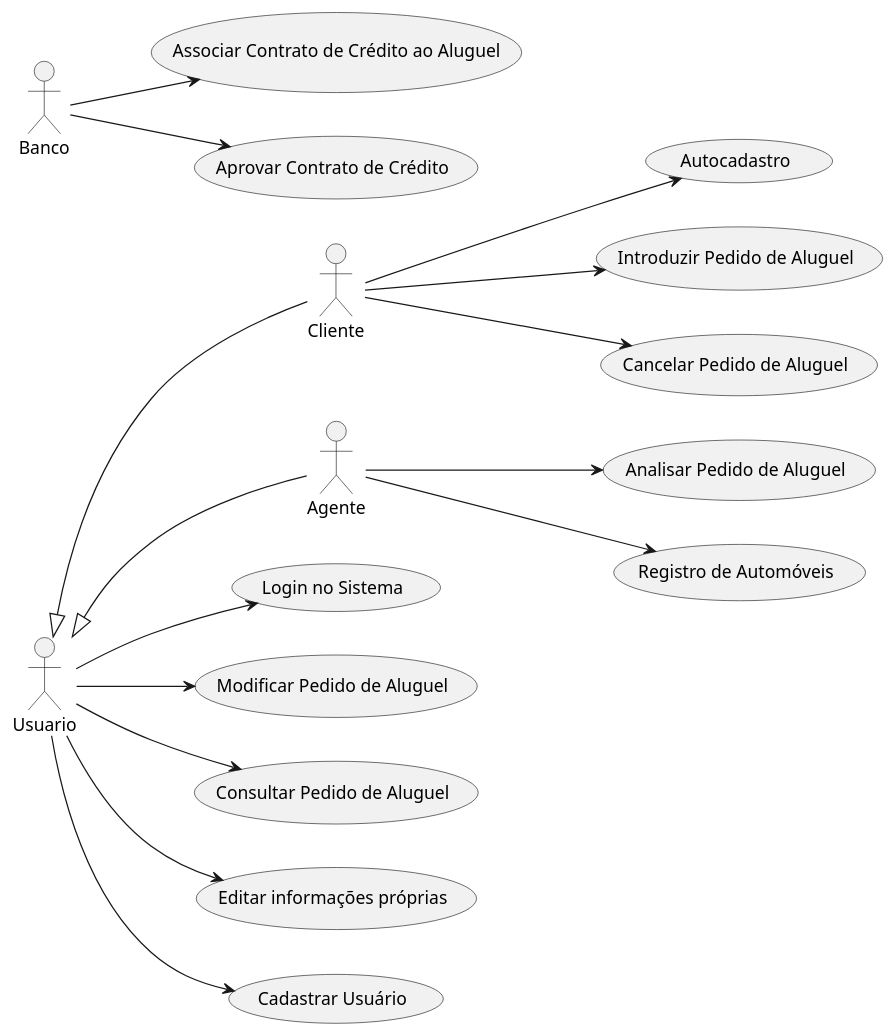
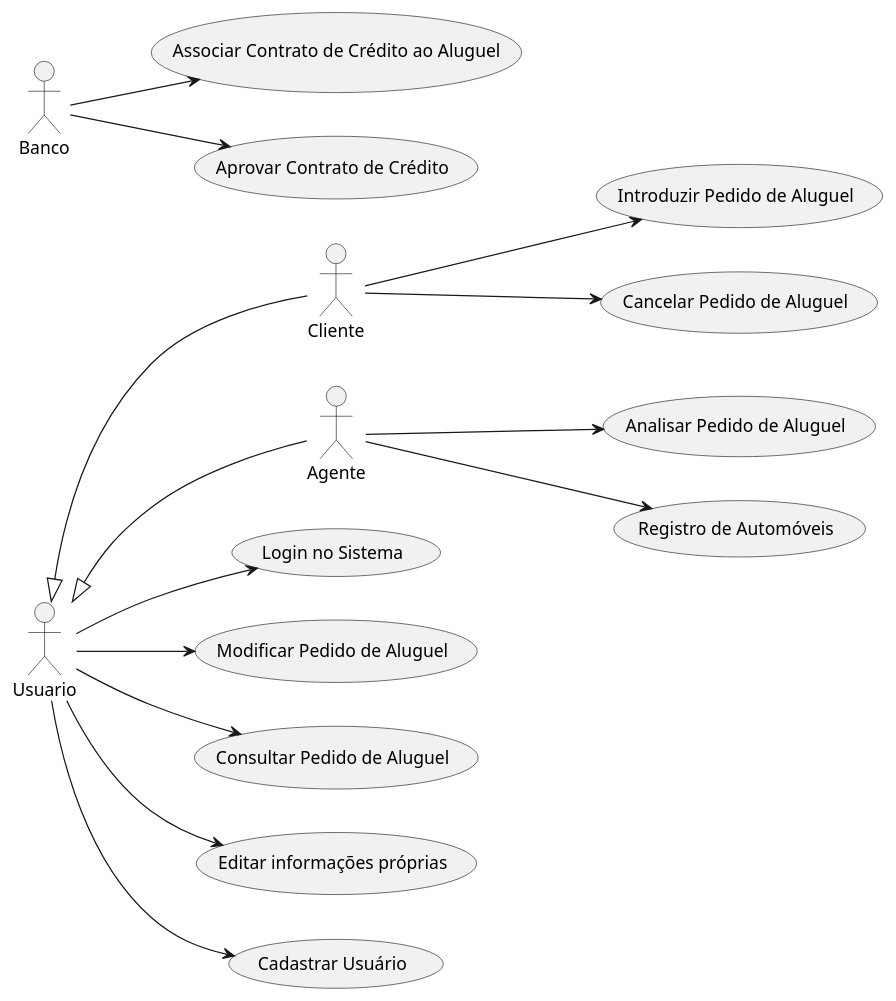
The diagram in project/code/CasoDeUso.puml (PedroRamos98/Aluguel-De-Carros), drawn with PlantUML before and after one commit. The commit also changed 1 other file, not shown here.

Commit message:
doc: fixed class-diagram and use-cases

```diff
--- a/project/code/CasoDeUso.puml
+++ b/project/code/CasoDeUso.puml
@@ -1,44 +1,40 @@
 @startuml
 
 left to right direction
 
 actor Usuario as U
 actor Cliente as C
 actor Agente as A
 actor Banco as B
 
 U <|-- C
 U <|-- A
 
-usecase "Autocadastro" as UC0
-
 usecase "Login no Sistema" as UC2
 usecase "Introduzir Pedido de Aluguel" as UC3
 usecase "Modificar Pedido de Aluguel" as UC4
 usecase "Consultar Pedido de Aluguel" as UC5
 usecase "Cancelar Pedido de Aluguel" as UC6
 usecase "Analisar Pedido de Aluguel" as UC7
 usecase "Registro de Automóveis" as UC8
 usecase "Associar Contrato de Crédito ao Aluguel" as UC9
 usecase "Aprovar Contrato de Crédito" as UC10
 usecase "Editar informações próprias" as UC1
 usecase "Cadastrar Usuário" as UC11
-
-C --> UC0
 
 U --> UC1
 U --> UC2
 U --> UC4
 U --> UC5
 U --> UC11
 
 C --> UC3
 C --> UC6
 
 A --> UC7
 A --> UC8
 
 B --> UC9
 B --> UC10
 
 @enduml
```
